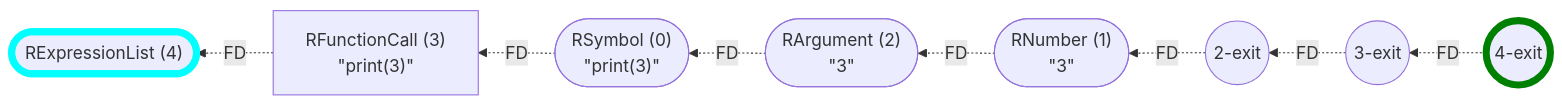
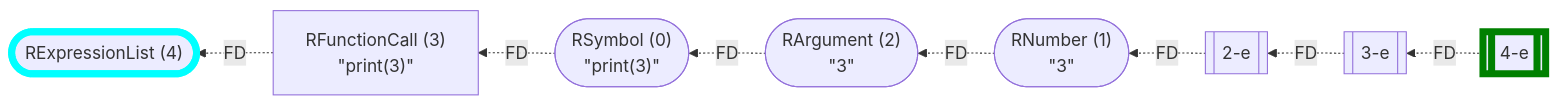
Before and after one commit to flowr-analysis/flowr: diagram 15 of 23 in wiki/Control Flow Graph.md, drawn with Mermaid. The commit also changed other lines of this file and 9 other files, not shown here.

````diff
--- a/wiki/Control Flow Graph.md
+++ b/wiki/Control Flow Graph.md
@@ -1098,23 +993,23 @@
 ```mermaid
 flowchart RL
     n4(["`RExpressionList (4)`"])
     n0(["`RSymbol (0)
 #34;print(3)#34;`"])
     n3["`RFunctionCall (3)
 #34;print(3)#34;`"]
-    n3-exit((3-exit))
+    n3-e[[3-e]]
     n2(["`RArgument (2)
 #34;3#34;`"])
     n1(["`RNumber (1)
 #34;3#34;`"])
-    n2-exit((2-exit))
-    n4-exit((4-exit))
+    n2-e[[2-e]]
+    n4-e[[4-e]]
     n3 -.->|"FD"| n4
     n0 -.->|"FD"| n3
     n1 -.->|"FD"| n2
-    n2-exit -.->|"FD"| n1
+    n2-e -.->|"FD"| n1
     n2 -.->|"FD"| n0
-    n3-exit -.->|"FD"| n2-exit
-    n4-exit -.->|"FD"| n3-exit
-    style n4 stroke:cyan,stroke-width:6.5px;    style n4-exit stroke:green,stroke-width:6.5px;
+    n3-e -.->|"FD"| n2-e
+    n4-e -.->|"FD"| n3-e
+    style n4 stroke:cyan,stroke-width:6.5px;    style n4-e stroke:green,stroke-width:6.5px;
 ```
````
